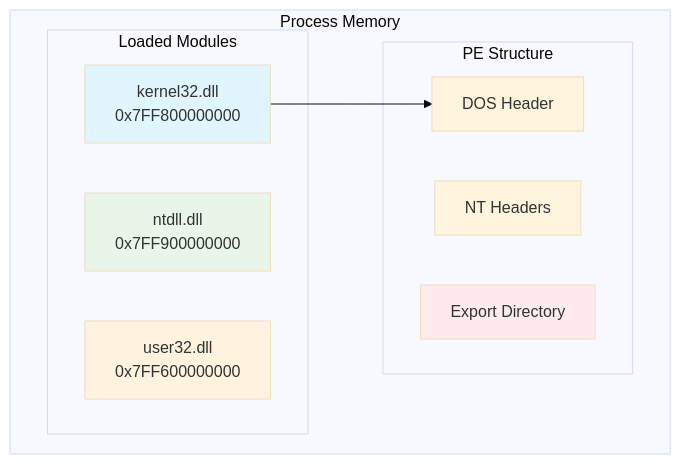
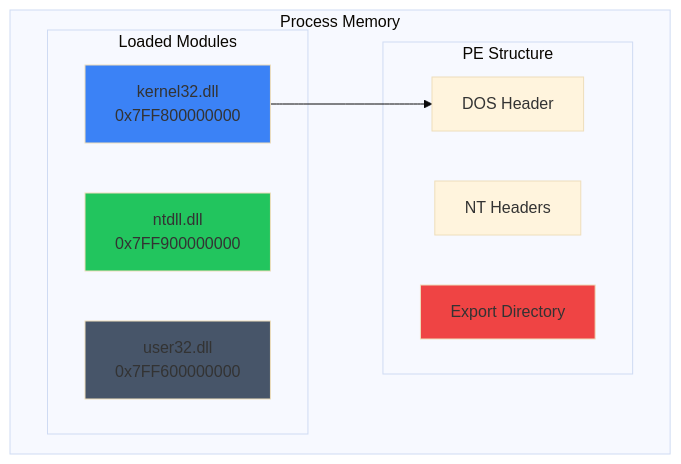
The sixth of 11 diagrams in diagrams.md (usuiWind/Windows-Import-Resolver), drawn with Mermaid (base theme) before and after one commit. The commit also changed other lines of this file, not shown here.

````diff
--- a/diagrams.md
+++ b/diagrams.md
@@ -129,23 +127,23 @@
 ```mermaid
 graph TB
     subgraph Process["Process Memory"]
         subgraph Modules["Loaded Modules"]
             A[ntdll.dll<br/>0x7FF900000000]
             B[kernel32.dll<br/>0x7FF800000000]
             C[user32.dll<br/>0x7FF600000000]
         end
         
         subgraph PE["PE Structure"]
             D[DOS Header]
             E[NT Headers]
             F[Export Directory]
         end
     end
     
     B --> D
     
-    style A fill:#e8f5e8
-    style B fill:#e1f5fe
-    style C fill:#fff3e0
-    style F fill:#ffebee
+    style A fill:#22c55e
+    style B fill:#3b82f6
+    style C fill:#475569
+    style F fill:#ef4444
 ```
````
